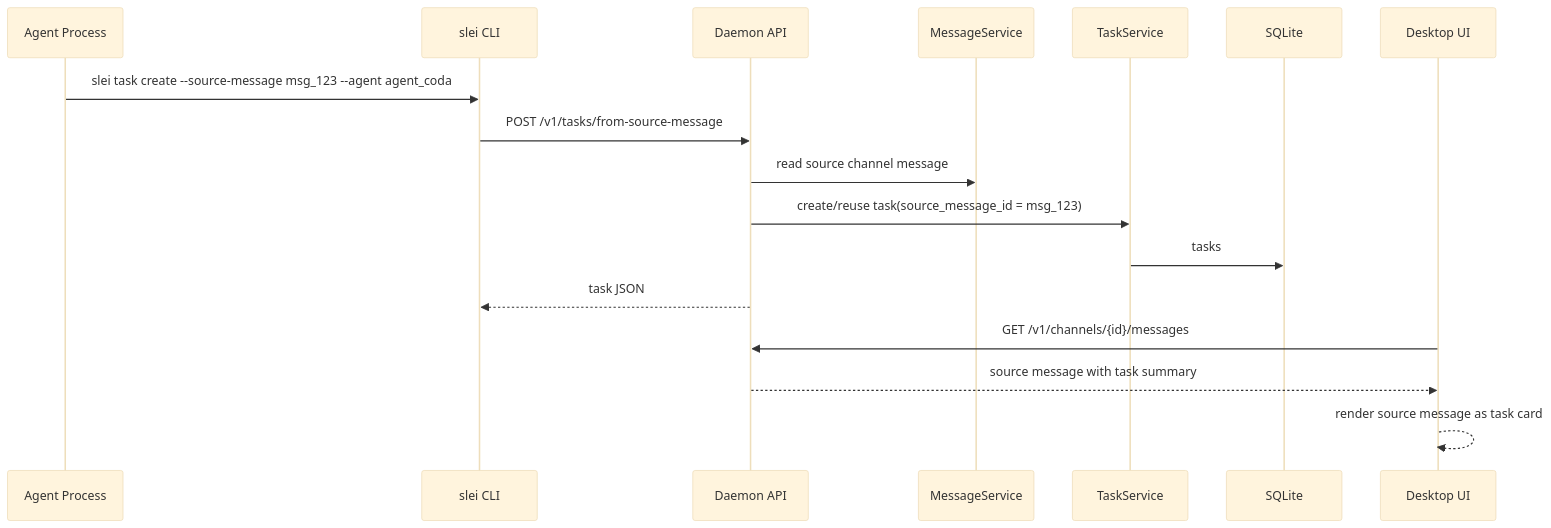
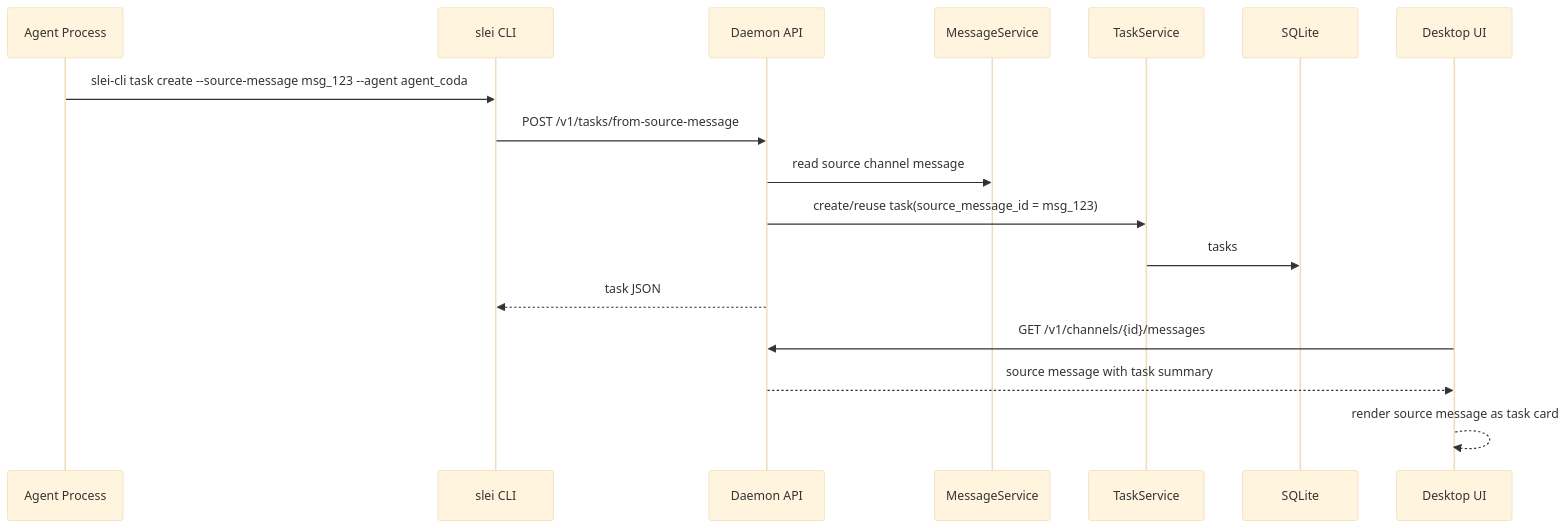
Before and after one commit to leedalei/Slei: the first of 2 diagrams in docs/architecture/0006-task-source-message-card.md, drawn with Mermaid (base theme). The commit also changed other lines of this file and 24 other files, not shown here.

Commit message:
fix: rename agent cli command to slei-cli

````diff
--- a/docs/architecture/0006-task-source-message-card.md
+++ b/docs/architecture/0006-task-source-message-card.md
@@ -48,20 +48,20 @@
 ```mermaid
 sequenceDiagram
     participant Agent as Agent Process
     participant CLI as slei CLI
     participant API as Daemon API
     participant Msg as MessageService
     participant Tasks as TaskService
     participant Store as SQLite
     participant UI as Desktop UI
 
-    Agent->>CLI: slei task create --source-message msg_123 --agent agent_coda
+    Agent->>CLI: slei-cli task create --source-message msg_123 --agent agent_coda
     CLI->>API: POST /v1/tasks/from-source-message
     API->>Msg: read source channel message
     API->>Tasks: create/reuse task(source_message_id = msg_123)
     Tasks->>Store: tasks
     API-->>CLI: task JSON
     UI->>API: GET /v1/channels/{id}/messages
     API-->>UI: source message with task summary
     UI-->>UI: render source message as task card
 ```
````
